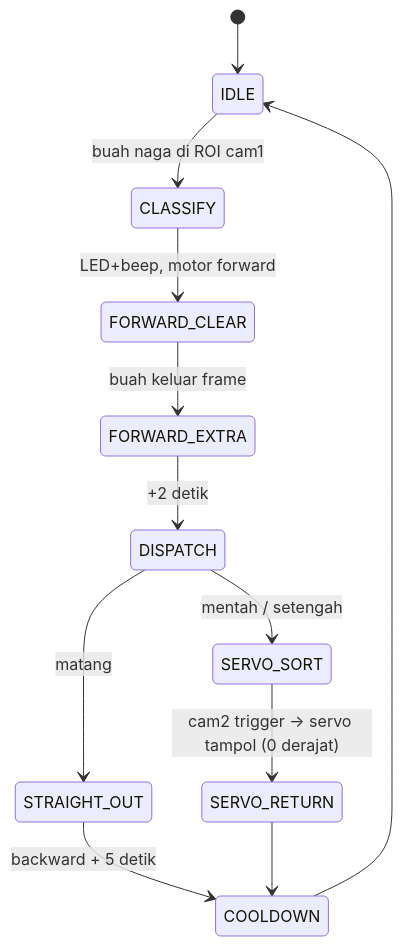
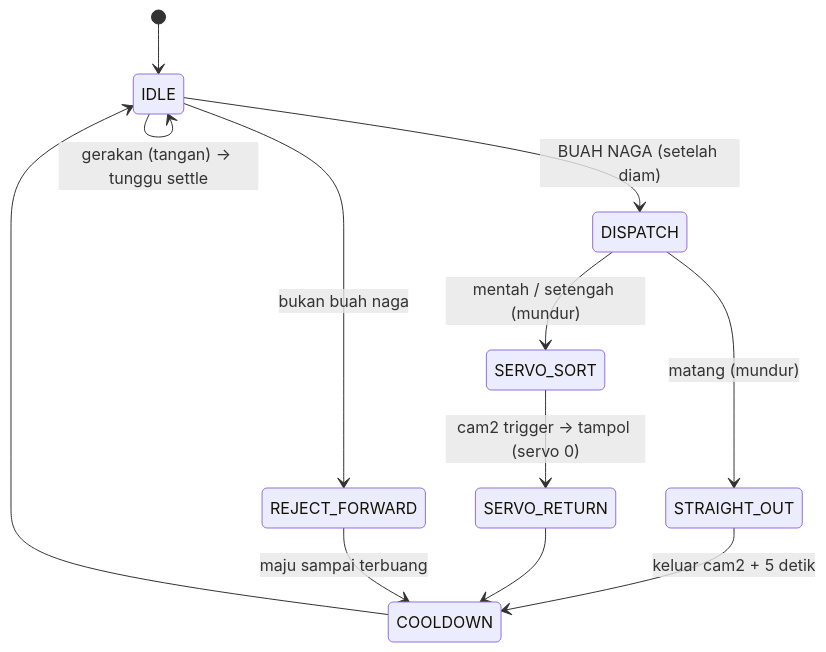
Before and after one commit to Keyzoo0/PemilahBuahNaga: the second of 2 diagrams in README.md, drawn with Mermaid. The commit also changed other lines of this file and 7 other files, not shown here.

First line of the commit message:
Perbaikan alur: buah naga mundur (bukan forward) + gerbang anti-tangan

````diff
--- a/README.md
+++ b/README.md
@@ -95,14 +95,14 @@
 ```mermaid
 stateDiagram-v2
     [*] --> IDLE
-    IDLE --> CLASSIFY : buah naga di ROI cam1
-    CLASSIFY --> FORWARD_CLEAR : LED+beep, motor forward
-    FORWARD_CLEAR --> FORWARD_EXTRA : buah keluar frame
-    FORWARD_EXTRA --> DISPATCH : +2 detik
-    DISPATCH --> STRAIGHT_OUT : matang
-    DISPATCH --> SERVO_SORT : mentah / setengah
-    STRAIGHT_OUT --> COOLDOWN : backward + 5 detik
-    SERVO_SORT --> SERVO_RETURN : cam2 trigger -> servo tampol (0 derajat)
+    IDLE --> IDLE : gerakan (tangan) -> tunggu settle
+    IDLE --> DISPATCH : BUAH NAGA (setelah diam)
+    IDLE --> REJECT_FORWARD : bukan buah naga
+    DISPATCH --> STRAIGHT_OUT : matang (mundur)
+    DISPATCH --> SERVO_SORT : mentah / setengah (mundur)
+    STRAIGHT_OUT --> COOLDOWN : keluar cam2 + 5 detik
+    SERVO_SORT --> SERVO_RETURN : cam2 trigger -> tampol (servo 0)
     SERVO_RETURN --> COOLDOWN
+    REJECT_FORWARD --> COOLDOWN : maju sampai terbuang
     COOLDOWN --> IDLE
 ```
````
